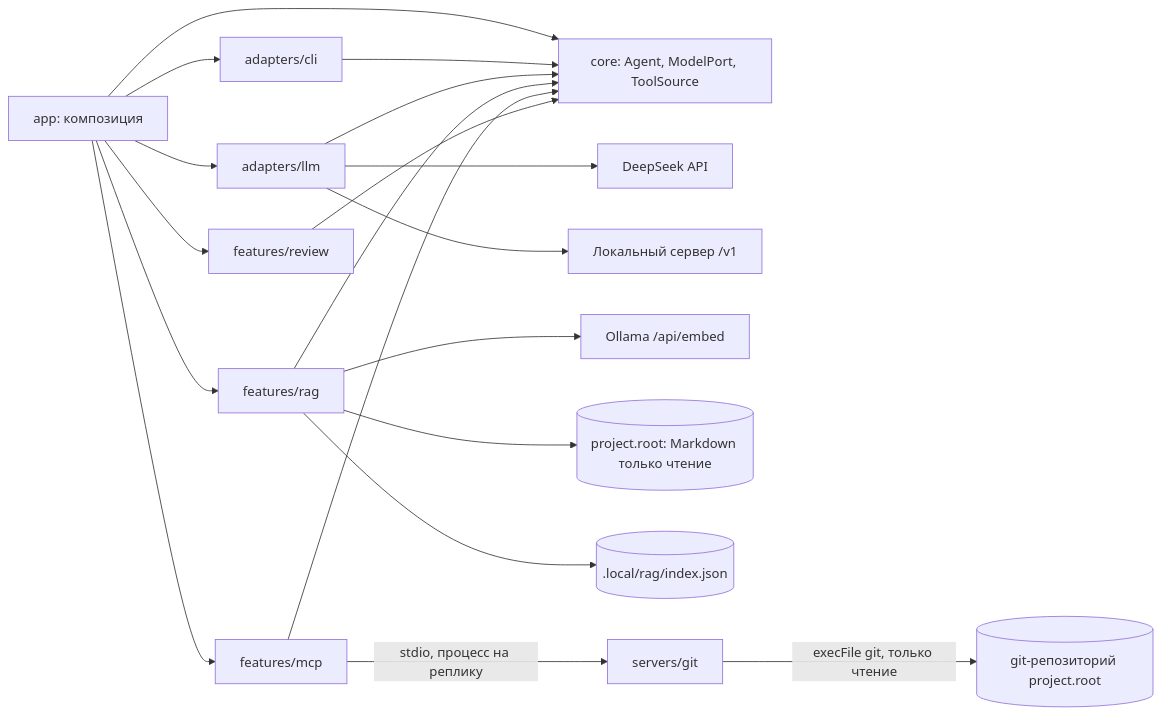
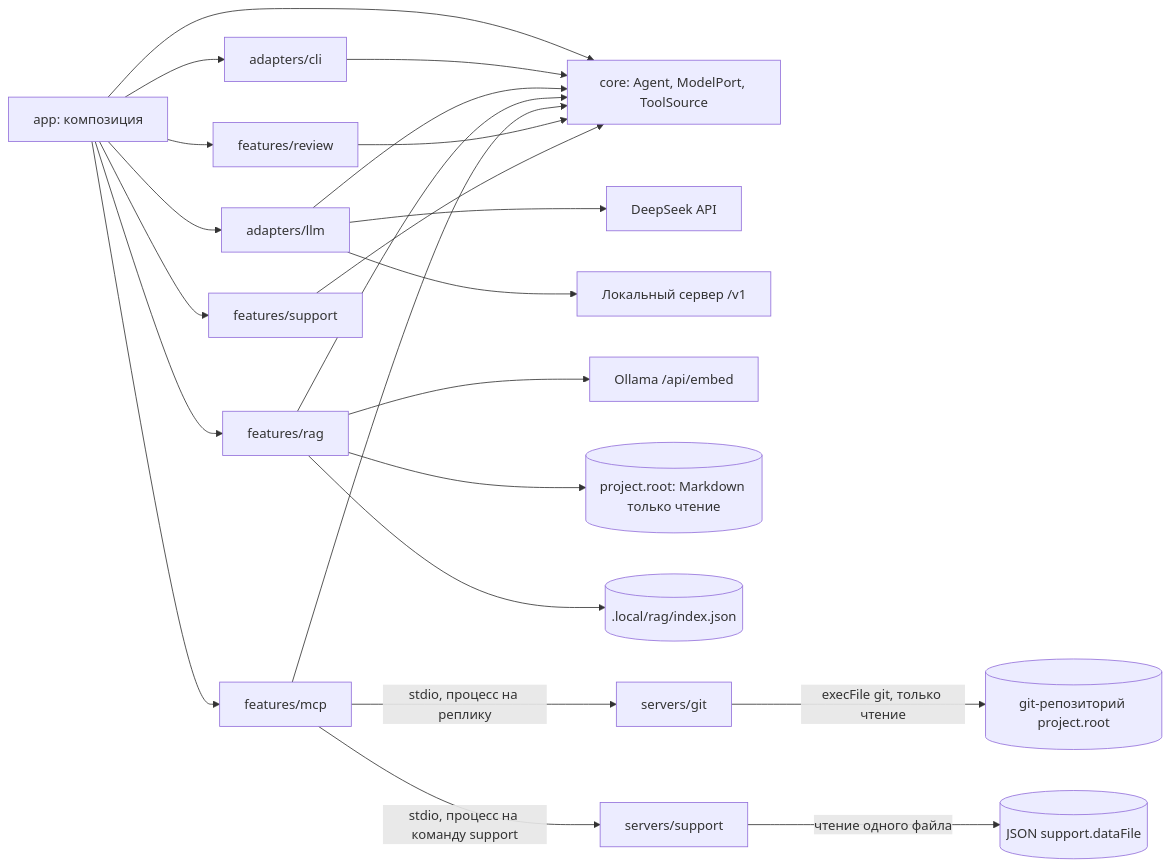
Before and after one commit to maxonmars/devflow-lab: the diagram in ARCHITECTURE.md, drawn with Mermaid. The commit also changed other lines of this file and 62 other files, not shown here.

````diff
--- a/ARCHITECTURE.md
+++ b/ARCHITECTURE.md
@@ -10,21 +10,25 @@
 ```mermaid
 flowchart LR
     App[app: композиция] --> Core[core: Agent, ModelPort, ToolSource]
     App --> CLI[adapters/cli]
     App --> LLM[adapters/llm]
     App --> Rag[features/rag]
     App --> Mcp[features/mcp]
     App --> Review[features/review]
+    App --> Support[features/support]
     CLI --> Core
     LLM --> Core
     LLM --> DeepSeek[DeepSeek API]
     LLM --> Local[Локальный сервер /v1]
     Rag --> Core
     Rag --> Ollama[Ollama /api/embed]
     Rag --> Project[(project.root: Markdown только чтение)]
     Rag --> Index[(.local/rag/index.json)]
     Mcp --> Core
     Review --> Core
+    Support --> Core
     Mcp -->|stdio, процесс на реплику| Git[servers/git]
     Git -->|execFile git, только чтение| Repo[(git-репозиторий project.root)]
+    Mcp -->|stdio, процесс на команду support| SupportServer[servers/support]
+    SupportServer -->|чтение одного файла| Tickets[(JSON support.dataFile)]
 ```
````
